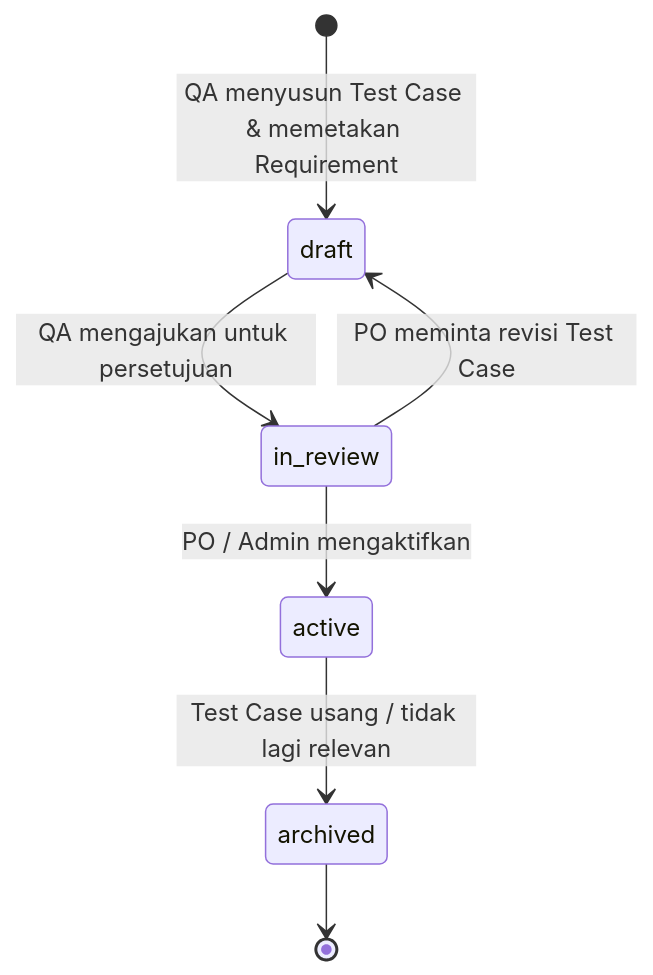
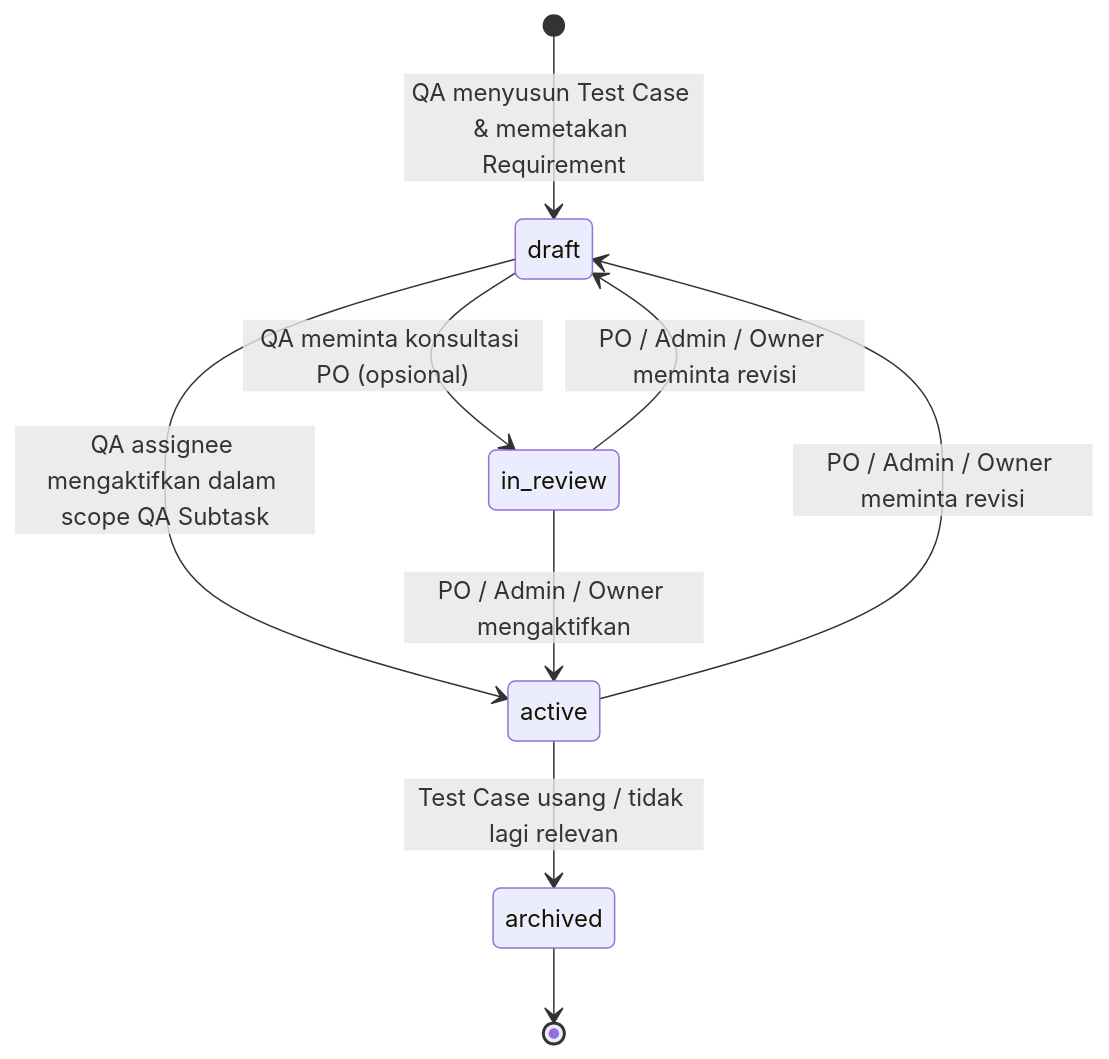
Before and after one commit to oneilreyand/qlickhub: the fifth of 8 diagrams in docs/2_WORKFLOW_AND_ROLES.md, drawn with Mermaid. The commit also changed other lines of this file and 20 other files, not shown here.

````diff
--- a/docs/2_WORKFLOW_AND_ROLES.md
+++ b/docs/2_WORKFLOW_AND_ROLES.md
@@ -232,9 +232,11 @@
 ```mermaid
 stateDiagram-v2
     [*] --> draft: QA menyusun Test Case & memetakan Requirement
-    draft --> in_review: QA mengajukan untuk persetujuan
-    in_review --> active: PO / Admin mengaktifkan
-    in_review --> draft: PO meminta revisi Test Case
+    draft --> active: QA assignee mengaktifkan dalam scope QA Subtask
+    draft --> in_review: QA meminta konsultasi PO (opsional)
+    in_review --> active: PO / Admin / Owner mengaktifkan
+    in_review --> draft: PO / Admin / Owner meminta revisi
+    active --> draft: PO / Admin / Owner meminta revisi
     active --> archived: Test Case usang / tidak lagi relevan
     archived --> [*]
 ```
````
